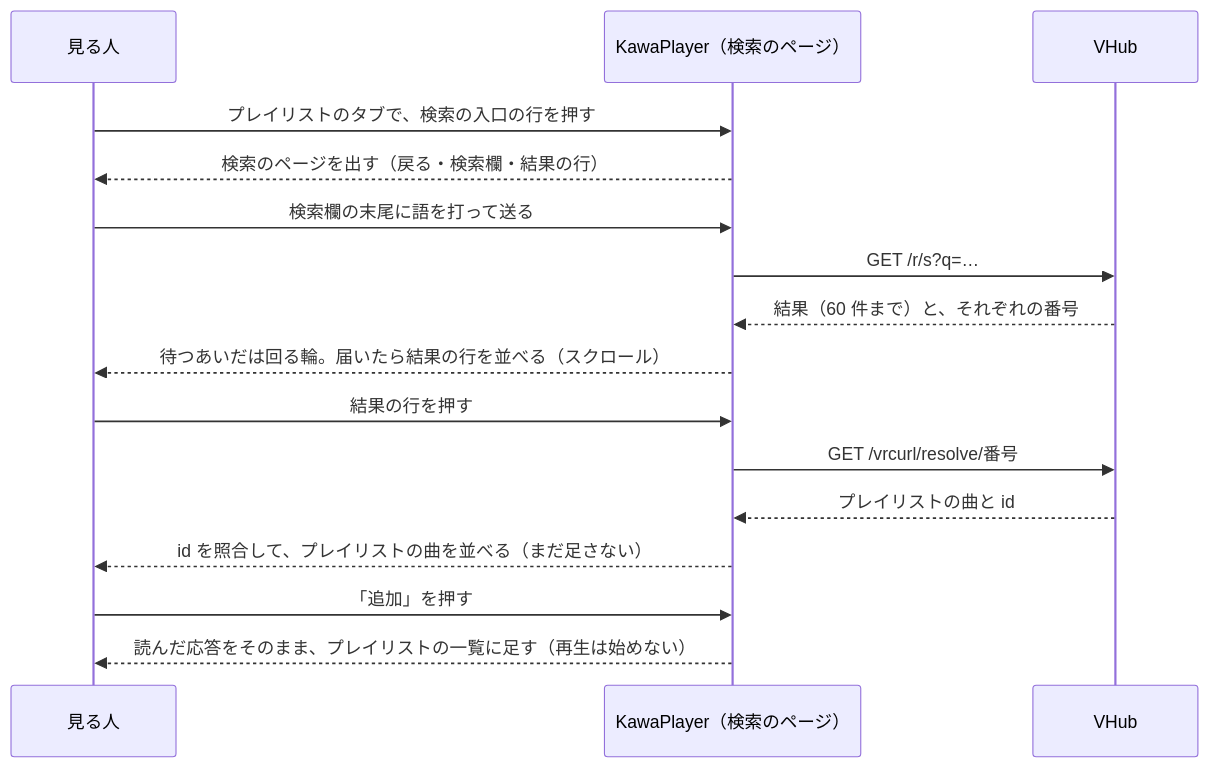
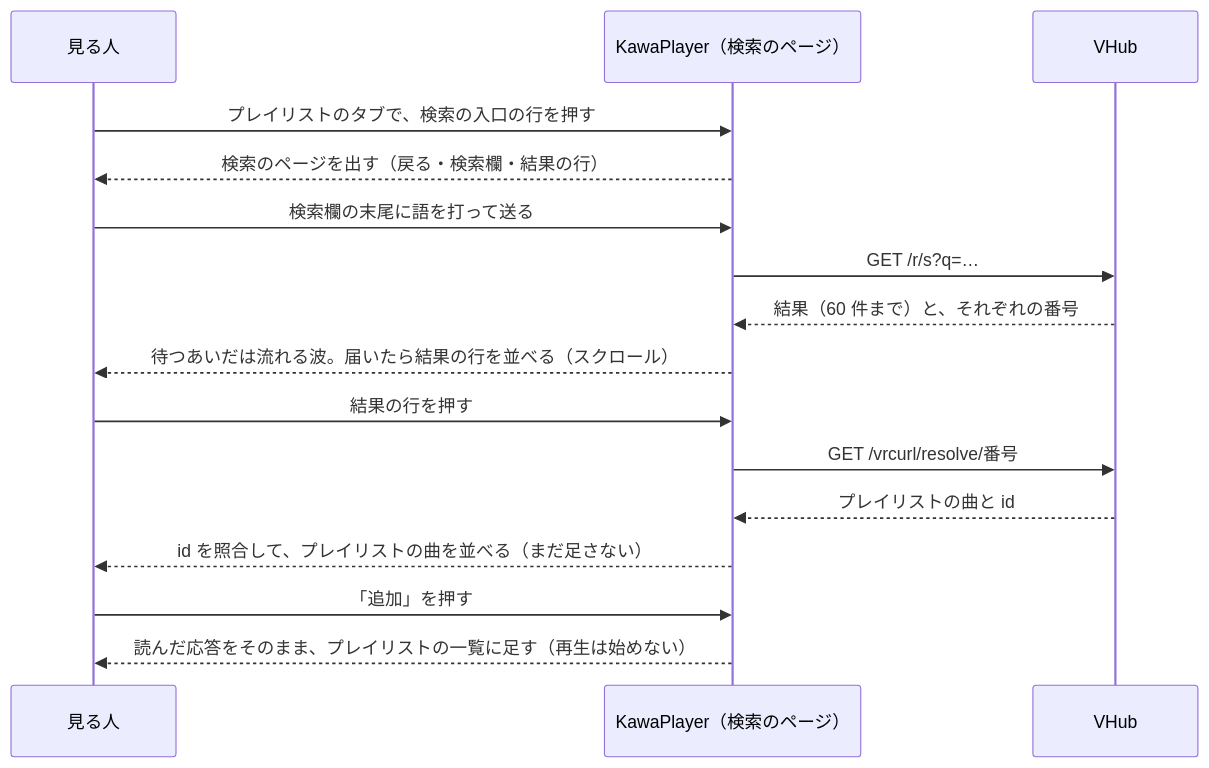
The diagram in docs/design/145-vhub-search/README.md (Mega-Gorilla/KawaPlayer), drawn with Mermaid before and after one commit. The commit also changed other lines of this file and 23 other files, not shown here.

````diff
--- a/docs/design/145-vhub-search/README.md
+++ b/docs/design/145-vhub-search/README.md
@@ -218,18 +218,18 @@
 ```mermaid
 sequenceDiagram
   participant U as 見る人
   participant K as KawaPlayer（検索のページ）
   participant V as VHub
   U->>K: プレイリストのタブで、検索の入口の行を押す
   K-->>U: 検索のページを出す（戻る・検索欄・結果の行）
   U->>K: 検索欄の末尾に語を打って送る
   K->>V: GET /r/s?q=…
   V-->>K: 結果（60 件まで）と、それぞれの番号
-  K-->>U: 待つあいだは回る輪。届いたら結果の行を並べる（スクロール）
+  K-->>U: 待つあいだは流れる波。届いたら結果の行を並べる（スクロール）
   U->>K: 結果の行を押す
   K->>V: GET /vrcurl/resolve/番号
   V-->>K: プレイリストの曲と id
   K-->>U: id を照合して、プレイリストの曲を並べる（まだ足さない）
   U->>K: 「追加」を押す
   K-->>U: 読んだ応答をそのまま、プレイリストの一覧に足す（再生は始めない）
 ```
````
